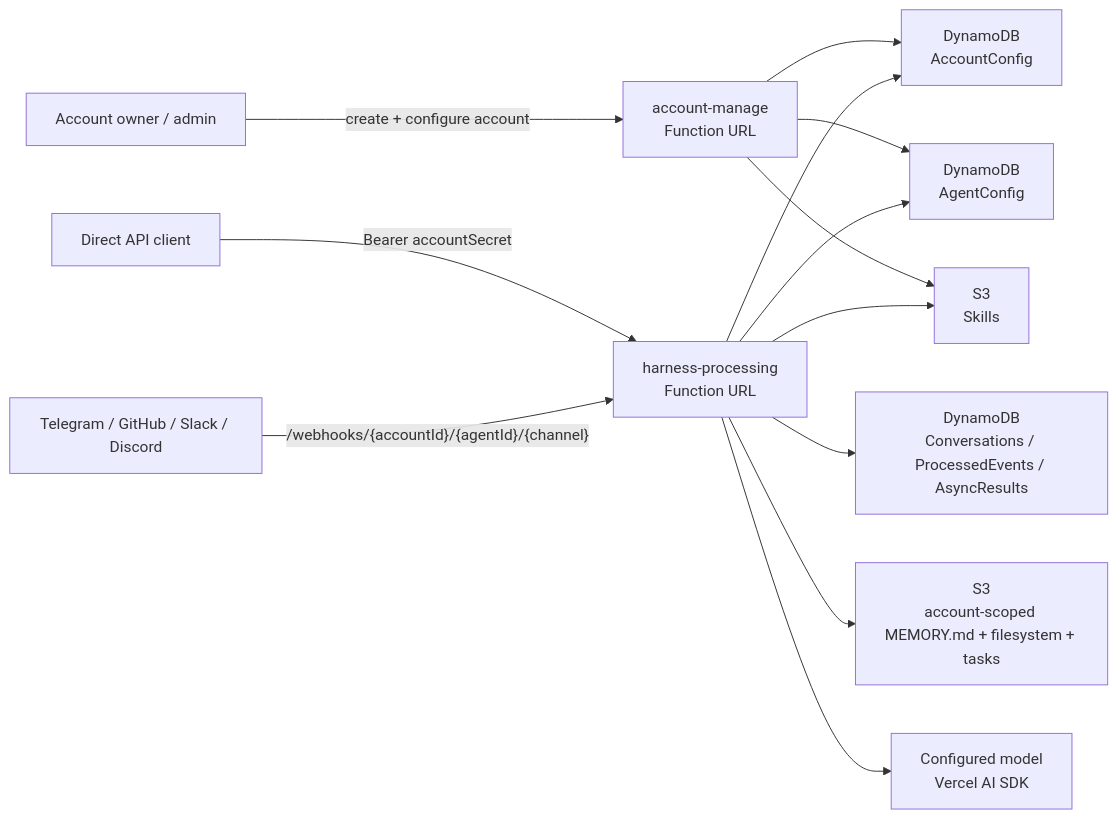
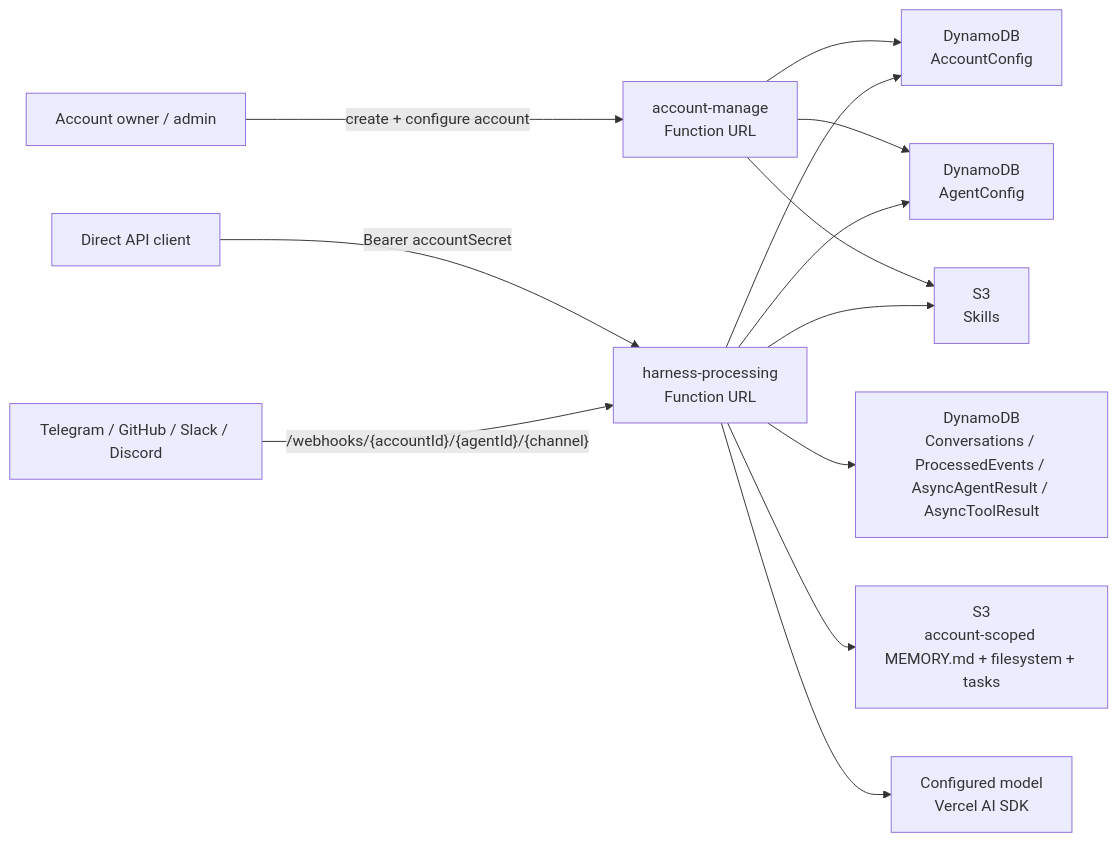
One commit to beeblastco/broods changed the diagram in README.md. Above: the diagram before and after it, drawn with Mermaid. The commit also changed other lines of this file and 24 other files, not shown here.

````diff
--- a/README.md
+++ b/README.md
@@ -27,16 +27,16 @@
 ```mermaid
 flowchart LR
   Admin["Account owner / admin"] -->|"create + configure account"| Manage["account-manage<br/>Function URL"]
   Client["Direct API client"] -->|"Bearer accountSecret"| Harness["harness-processing<br/>Function URL"]
   Provider["Telegram / GitHub / Slack / Discord"] -->|"/webhooks/{accountId}/{agentId}/{channel}"| Harness
 
   Manage --> Accounts["DynamoDB<br/>AccountConfig"]
   Manage --> Agents["DynamoDB<br/>AgentConfig"]
   Manage --> Skills["S3<br/>Skills"]
   Harness --> Accounts
   Harness --> Agents
   Harness --> Skills["S3<br/>Skills"]
-  Harness --> Conversations["DynamoDB<br/>Conversations / ProcessedEvents / AsyncResults"]
+  Harness --> Conversations["DynamoDB<br/>Conversations / ProcessedEvents / AsyncAgentResult / AsyncToolResult"]
   Harness --> Memory["S3<br/>account-scoped MEMORY.md + filesystem + tasks"]
   Harness --> Model["Configured model<br/>Vercel AI SDK"]
 ```
````
